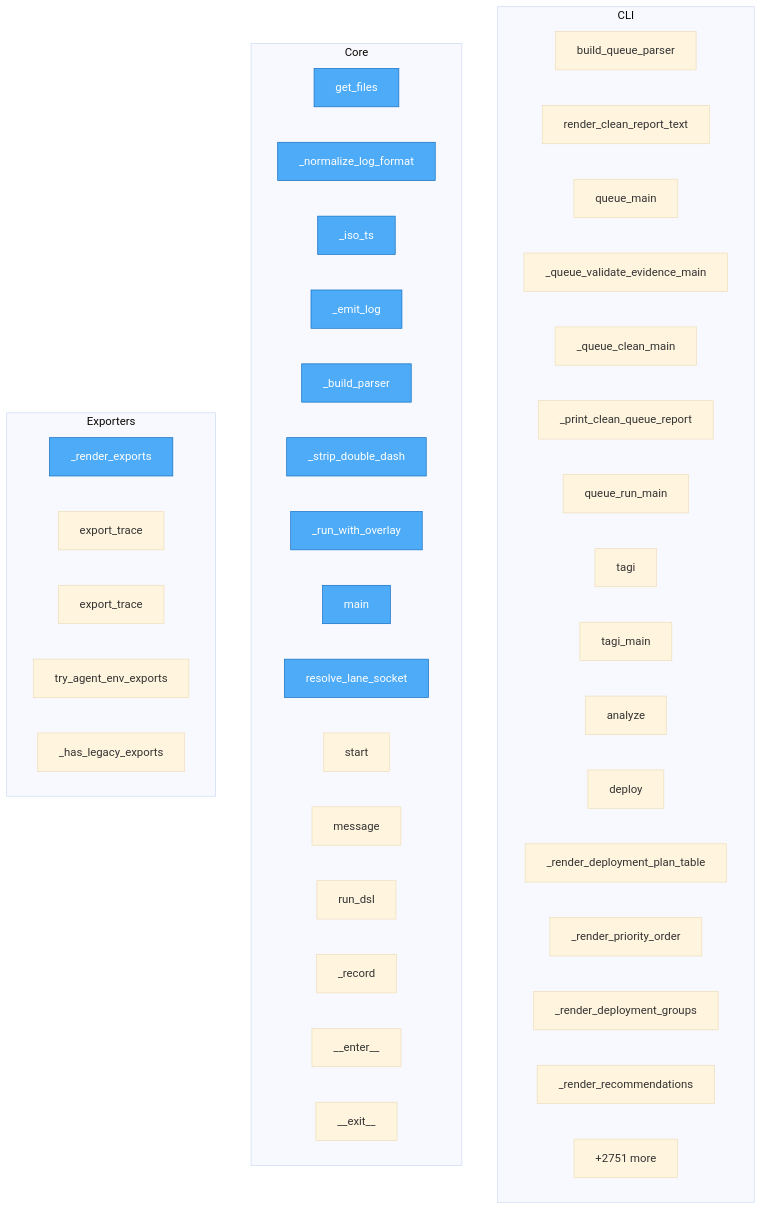
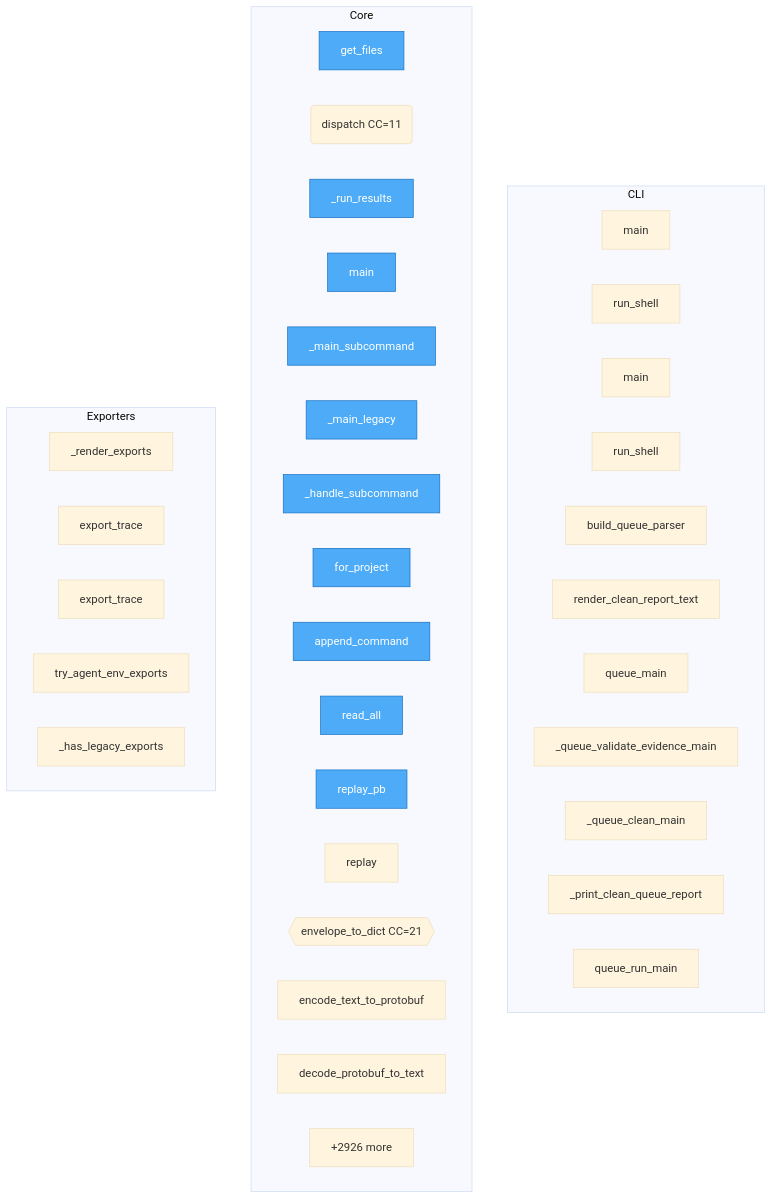
Before and after one commit to semcod/koru: the diagram in project/flow.mmd, drawn with Mermaid (base theme). The commit also changed 51 other files, not shown here.

```diff
--- a/project/flow.mmd
+++ b/project/flow.mmd
@@ -1,53 +1,48 @@
 flowchart TD
-%% generated in 1.52s
+%% generated in 1.07s
 
     %% Entry points (blue)
     classDef entry fill:#4dabf7,stroke:#1971c2,color:#fff
 
     subgraph CLI
+        packages__cli2koru__src__cli2koru__cli__main["main"]
+        packages__cli2koru__src__cli2koru__shell__run_shell["run_shell"]
+        packages__cli2coru__src__cli2coru__cli__main["main"]
+        packages__cli2coru__src__cli2coru__shell__run_shell["run_shell"]
         koru__cli_queue__build_queue_parser["build_queue_parser"]
         koru__cli_queue__render_clean_report_text["render_clean_report_text"]
         koru__cli_queue__queue_main["queue_main"]
         koru__cli_queue___queue_validate_evidence_main["_queue_validate_evidence_main"]
         koru__cli_queue___queue_clean_main["_queue_clean_main"]
         koru__cli_queue___print_clean_queue_report["_print_clean_queue_report"]
         koru__cli_queue__queue_run_main["queue_run_main"]
-        koru__cli_tagi__tagi["tagi"]
-        koru__cli_tagi__tagi_main["tagi_main"]
-        koru__cli_tagi__analyze["analyze"]
-        koru__cli_tagi__deploy["deploy"]
-        koru__cli_tagi___render_deployment_plan_table["_render_deployment_plan_table"]
-        koru__cli_tagi___render_priority_order["_render_priority_order"]
-        koru__cli_tagi___render_deployment_groups["_render_deployment_groups"]
-        koru__cli_tagi___render_recommendations["_render_recommendations"]
-        ...["+4 more"]
     end
 
     subgraph Core
         check_dups__get_files["get_files"]
-        packages__koruenv__src__koruenv__cli___normalize_log_format["_normalize_log_format"]
-        packages__koruenv__src__koruenv__cli___iso_ts["_iso_ts"]
-        packages__koruenv__src__koruenv__cli___emit_log["_emit_log"]
-        packages__koruenv__src__koruenv__cli___build_parser["_build_parser"]
-        packages__koruenv__src__koruenv__cli___strip_double_dash["_strip_double_dash"]
-        packages__koruenv__src__koruenv__cli___run_with_overlay["_run_with_overlay"]
-        packages__koruenv__src__koruenv__cli__main["main"]
-        packages__koruenv__src__koruenv__lane__resolve_lane_socket["resolve_lane_socket"]
-        packages__nlpshim__src__nlpshim__conversation_client__ConversationTestClient__start["start"]
-        packages__nlpshim__src__nlpshim__conversation_client__ConversationTestClient__message["message"]
-        packages__nlpshim__src__nlpshim__conversation_client__ConversationTestClient__run_dsl["run_dsl"]
-        packages__nlpshim__src__nlpshim__conversation_client__ConversationTestClient___record["_record"]
-        packages__nlpshim__src__nlpshim__client__FallbackNLP2DSLClient____enter__["__enter__"]
-        packages__nlpshim__src__nlpshim__client__FallbackNLP2DSLClient____exit__["__exit__"]
-        ...["+2751 more"]
+        packages__dsl2koru__src__dsl2koru__bus__dispatch("dispatch CC=11")
+        packages__dsl2koru__src__dsl2koru__cli___run_results["_run_results"]
+        packages__dsl2koru__src__dsl2koru__cli__main["main"]
+        packages__dsl2koru__src__dsl2koru__cli___main_subcommand["_main_subcommand"]
+        packages__dsl2koru__src__dsl2koru__cli___main_legacy["_main_legacy"]
+        packages__dsl2koru__src__dsl2koru__cli___handle_subcommand["_handle_subcommand"]
+        packages__dsl2koru__src__dsl2koru__events__EventStore__for_project["for_project"]
+        packages__dsl2koru__src__dsl2koru__events__EventStore__append_command["append_command"]
+        packages__dsl2koru__src__dsl2koru__events__EventStore__read_all["read_all"]
+        packages__dsl2koru__src__dsl2koru__events__EventStore__replay_pb["replay_pb"]
+        packages__dsl2koru__src__dsl2koru__events__EventStore__replay["replay"]
+        packages__dsl2koru__src__dsl2koru__pb_codec__envelope_to_dict{{envelope_to_dict CC=21}}
+        packages__dsl2koru__src__dsl2koru__pb_codec__encode_text_to_protobuf["encode_text_to_protobuf"]
+        packages__dsl2koru__src__dsl2koru__pb_codec__decode_protobuf_to_text["decode_protobuf_to_text"]
+        ...["+2926 more"]
     end
 
     subgraph Exporters
         packages__koruenv__src__koruenv__cli___render_exports["_render_exports"]
         packages__nlpshim__src__nlpshim__conversation_client__ConversationTestClient__export_trace["export_trace"]
         packages__nlpshim__src__nlpshim__conversation_test_api__export_trace["export_trace"]
         src__koru__agent_cli_helpers__try_agent_env_exports["try_agent_env_exports"]
         src__koru__cli___has_legacy_exports["_has_legacy_exports"]
     end
 
-    class check_dups__get_files,packages__koruenv__src__koruenv__cli___normalize_log_format,packages__koruenv__src__koruenv__cli___iso_ts,packages__koruenv__src__koruenv__cli___emit_log,packages__koruenv__src__koruenv__cli___build_parser,packages__koruenv__src__koruenv__cli___render_exports,packages__koruenv__src__koruenv__cli___strip_double_dash,packages__koruenv__src__koruenv__cli___run_with_overlay,packages__koruenv__src__koruenv__cli__main,packages__koruenv__src__koruenv__lane__resolve_lane_socket entry
+    class check_dups__get_files,packages__dsl2koru__src__dsl2koru__cli___run_results,packages__dsl2koru__src__dsl2koru__cli__main,packages__dsl2koru__src__dsl2koru__cli___main_subcommand,packages__dsl2koru__src__dsl2koru__cli___main_legacy,packages__dsl2koru__src__dsl2koru__cli___handle_subcommand,packages__dsl2koru__src__dsl2koru__events__EventStore__for_project,packages__dsl2koru__src__dsl2koru__events__EventStore__append_command,packages__dsl2koru__src__dsl2koru__events__EventStore__read_all,packages__dsl2koru__src__dsl2koru__events__EventStore__replay_pb entry
```
